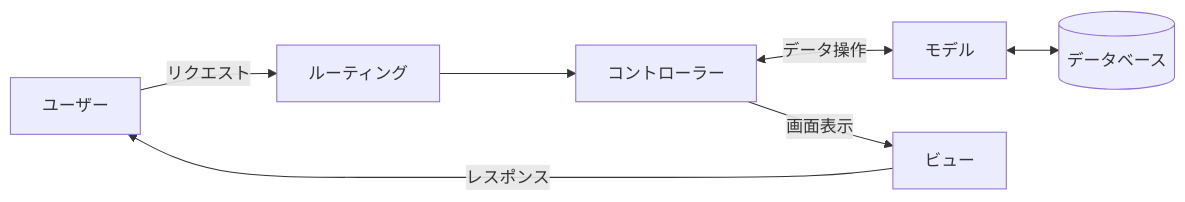
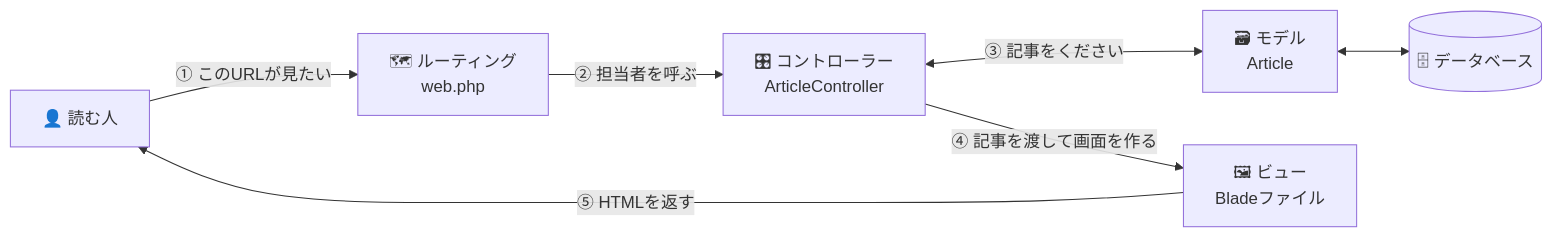
Before and after one commit to kou-tech/seb-hands-on: the fifth of 7 diagrams in guides/04.md, drawn with Mermaid. The commit also changed other lines of this file and 1 other file, not shown here.

First line of the commit message:
Change: 開発編をブログアプリ（Article）に作り替え、Laravel 13 / Tailwind v4 対応

````diff
--- a/guides/04.md
+++ b/guides/04.md
@@ -236,9 +367,9 @@
 ```mermaid
 flowchart LR
-    User[ユーザー] -->|リクエスト| Route[ルーティング]
-    Route --> Controller[コントローラー]
-    Controller <-->|データ操作| Model[モデル]
-    Model <--> DB[(データベース)]
-    Controller -->|画面表示| View[ビュー]
-    View -->|レスポンス| User
+    User["👤 読む人"] -->|"① このURLが見たい"| Route["🗺 ルーティング<br/>web.php"]
+    Route -->|"② 担当者を呼ぶ"| Controller["🎛 コントローラー<br/>ArticleController"]
+    Controller <-->|"③ 記事をください"| Model["🗃 モデル<br/>Article"]
+    Model <--> DB[("🗄 データベース")]
+    Controller -->|"④ 記事を渡して画面を作る"| View["🖼 ビュー<br/>Bladeファイル"]
+    View -->|"⑤ HTMLを返す"| User
 ```
````
